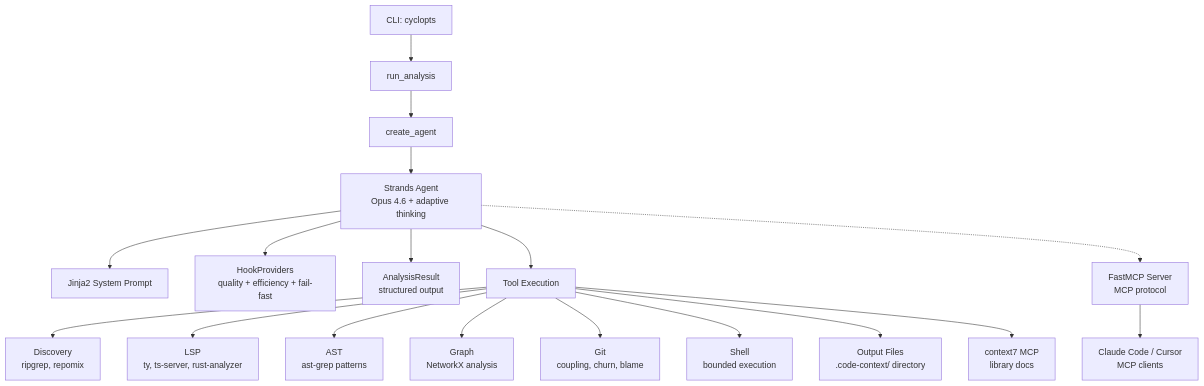
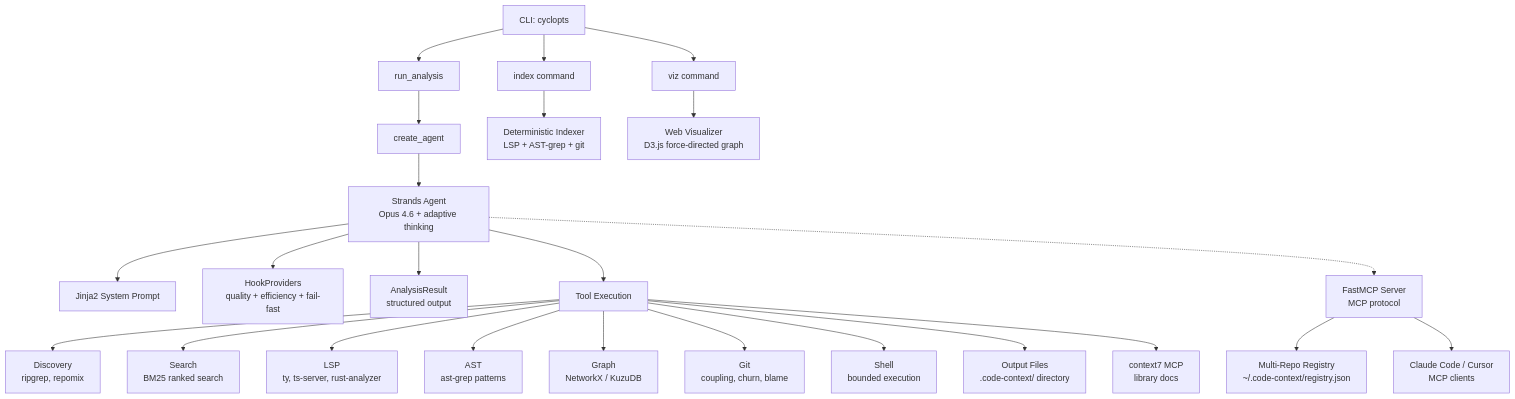
Before and after one commit to theagenticguy/code-context-agent: the diagram in docs/architecture/overview.md, drawn with Mermaid. The commit also changed other lines of this file and 22 other files, not shown here.

````diff
--- a/docs/architecture/overview.md
+++ b/docs/architecture/overview.md
@@ -5,20 +5,26 @@
 ```mermaid
 flowchart TD
     A[CLI: cyclopts] --> B[run_analysis]
+    A --> IDX[index command]
+    A --> VIZ[viz command]
     B --> C[create_agent]
+    IDX --> IDXP[Deterministic Indexer<br/>LSP + AST-grep + git]
+    VIZ --> VIZS[Web Visualizer<br/>D3.js force-directed graph]
     C --> D[Strands Agent<br/>Opus 4.6 + adaptive thinking]
     D --> E[Jinja2 System Prompt]
     D --> F[HookProviders<br/>quality + efficiency + fail-fast]
     D --> G[AnalysisResult<br/>structured output]
     D --> H[Tool Execution]
     H --> I[Discovery<br/>ripgrep, repomix]
+    H --> S[Search<br/>BM25 ranked search]
     H --> J[LSP<br/>ty, ts-server, rust-analyzer]
     H --> K[AST<br/>ast-grep patterns]
-    H --> L[Graph<br/>NetworkX analysis]
+    H --> L[Graph<br/>NetworkX / KuzuDB]
     H --> M[Git<br/>coupling, churn, blame]
     H --> N[Shell<br/>bounded execution]
     H --> O[Output Files<br/>.code-context/ directory]
     H --> P[context7 MCP<br/>library docs]
     D -.-> Q[FastMCP Server<br/>MCP protocol]
+    Q --> REG[Multi-Repo Registry<br/>~/.code-context/registry.json]
     Q --> R[Claude Code / Cursor<br/>MCP clients]
 ```
````
